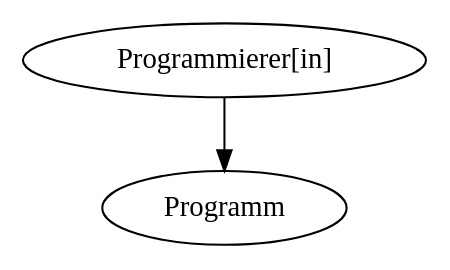
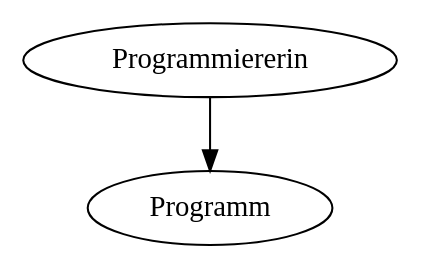
Before and after one commit to itmm/programmieren-lernen: the diagram in imgs/dot-1.dot, drawn with Graphviz. The commit also changed 36 other files, not shown here.

```diff
--- a/imgs/dot-1.dot
+++ b/imgs/dot-1.dot
@@ -1,3 +1,3 @@
 digraph G {
-	"Programmierer[in]" -> "Programm"
+	"Programmiererin" -> "Programm"
 }
```
